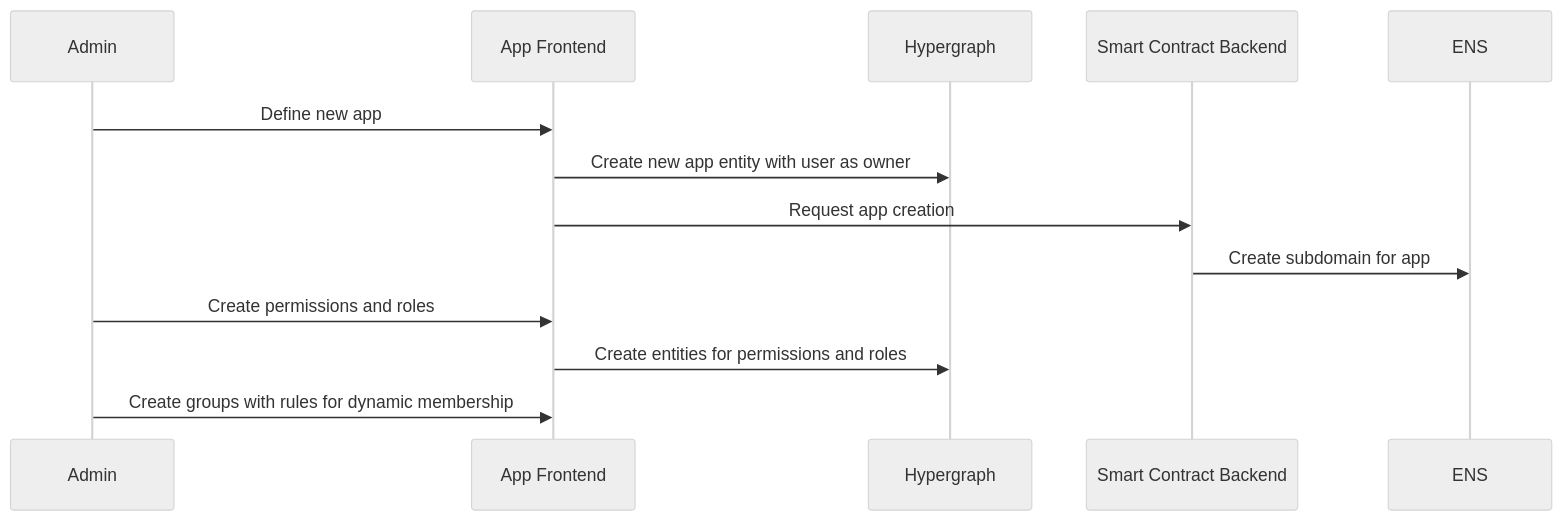
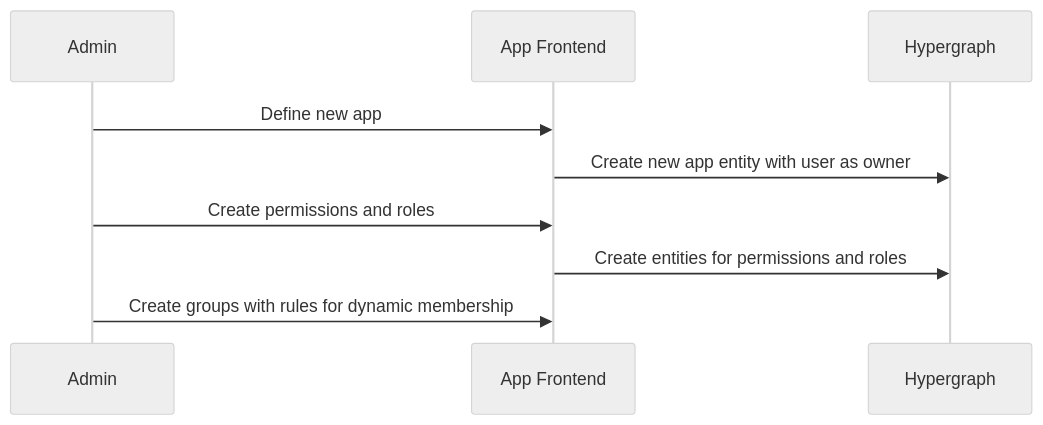
Before and after one commit to mDeisen/ETHCannes2025: the diagram in docs/flow_0.md, drawn with Mermaid (neutral theme). The commit also changed 14 other files, not shown here.

````diff
--- a/docs/flow_0.md
+++ b/docs/flow_0.md
@@ -5,17 +5,13 @@
 ```mermaid
 sequenceDiagram
  participant Admin
  participant App Frontend
  participant Hypergraph
- participant Smart Contract Backend
- participant ENS
 
  Admin->>App Frontend: Define new app
  App Frontend->>Hypergraph: Create new app entity with user as owner
- App Frontend->>Smart Contract Backend: Request app creation
- Smart Contract Backend->>ENS: Create subdomain for app
  Admin->>App Frontend: Create permissions and roles
  App Frontend->>Hypergraph: Create entities for permissions and roles
  Admin->>App Frontend: Create groups with rules for dynamic membership
 
 ```
````
